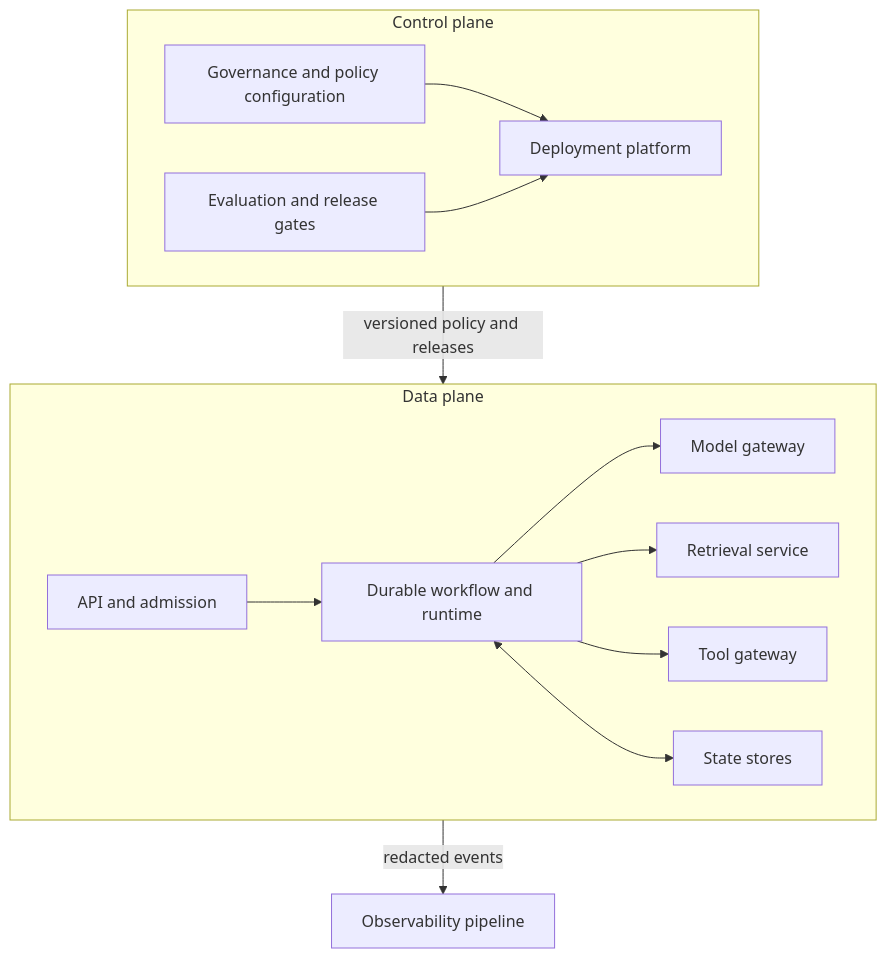
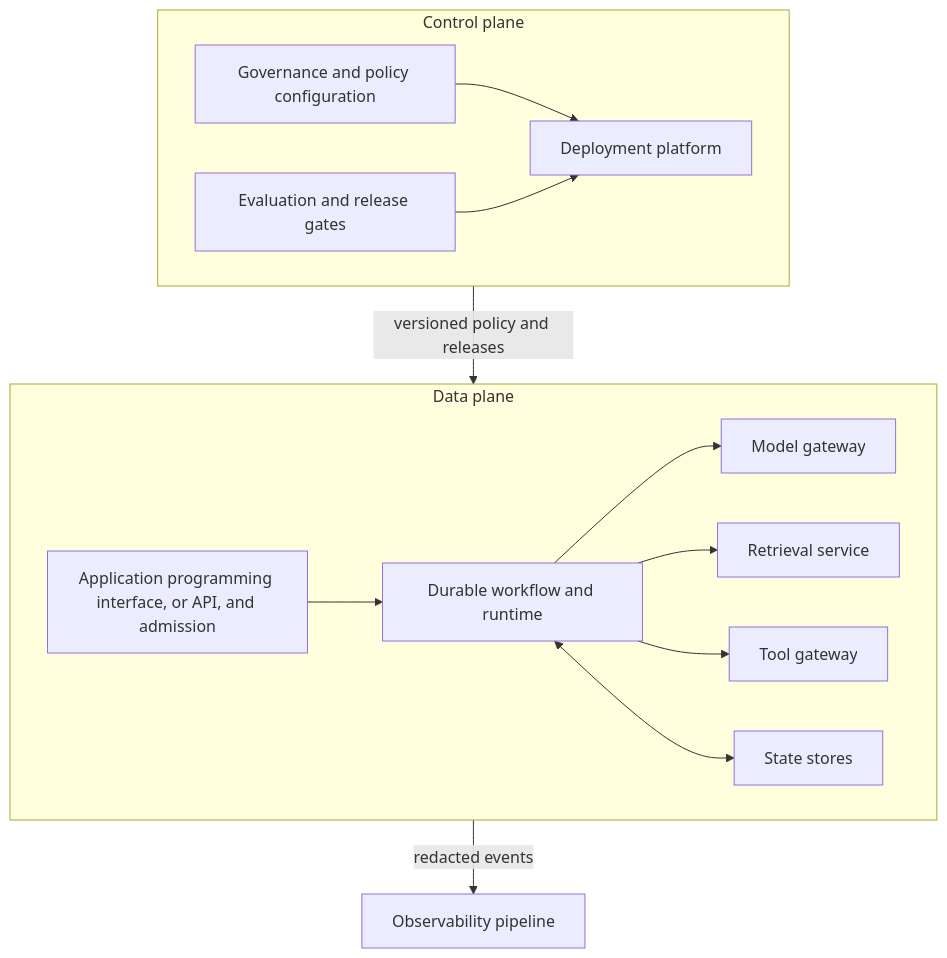
The second of 3 diagrams in modules/07-production-architecture-operations/chapters/28-reference-architecture.md (VikrantSingh01/Agentic_System_Design), drawn with Mermaid before and after one commit. The commit also changed other lines of this file and 3 other files, not shown here.

Commit message:
Improve Module 7 diagram accessibility

````diff
--- a/modules/07-production-architecture-operations/chapters/28-reference-architecture.md
+++ b/modules/07-production-architecture-operations/chapters/28-reference-architecture.md
@@ -47,16 +51,16 @@
 ```mermaid
 flowchart TB
     subgraph CP[Control plane]
         G[Governance and policy configuration] --> P[Deployment platform]
         E[Evaluation and release gates] --> P
     end
     subgraph DP[Data plane]
-        API[API and admission] --> W[Durable workflow and runtime]
+        API[Application programming interface, or API, and admission] --> W[Durable workflow and runtime]
         W --> MG[Model gateway]
         W --> RG[Retrieval service]
         W --> TG[Tool gateway]
         W <--> ST[State stores]
     end
     DP -->|redacted events| O[Observability pipeline]
     CP -->|versioned policy and releases| DP
 ```
````
